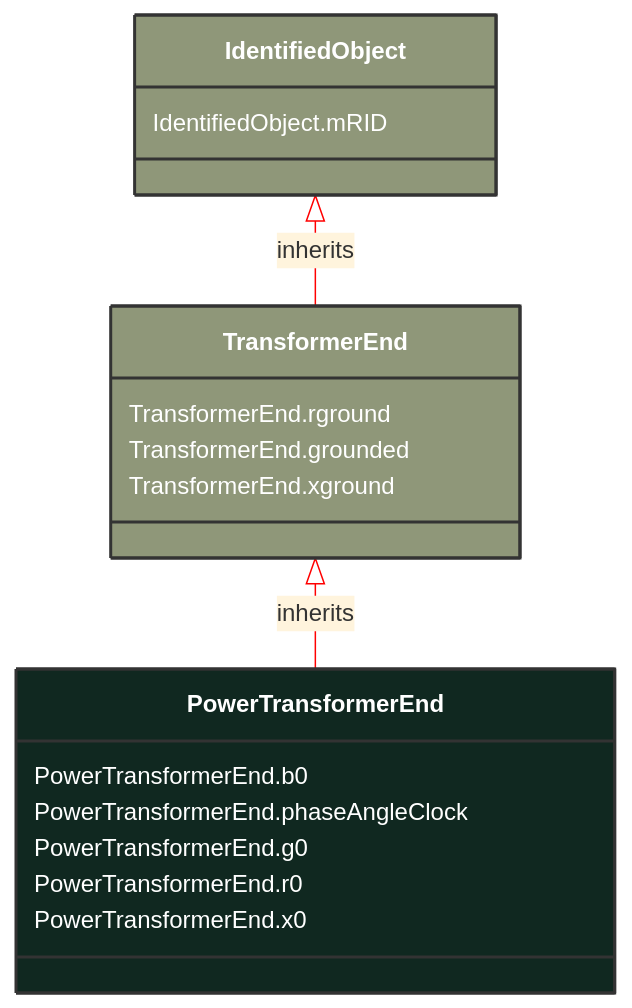
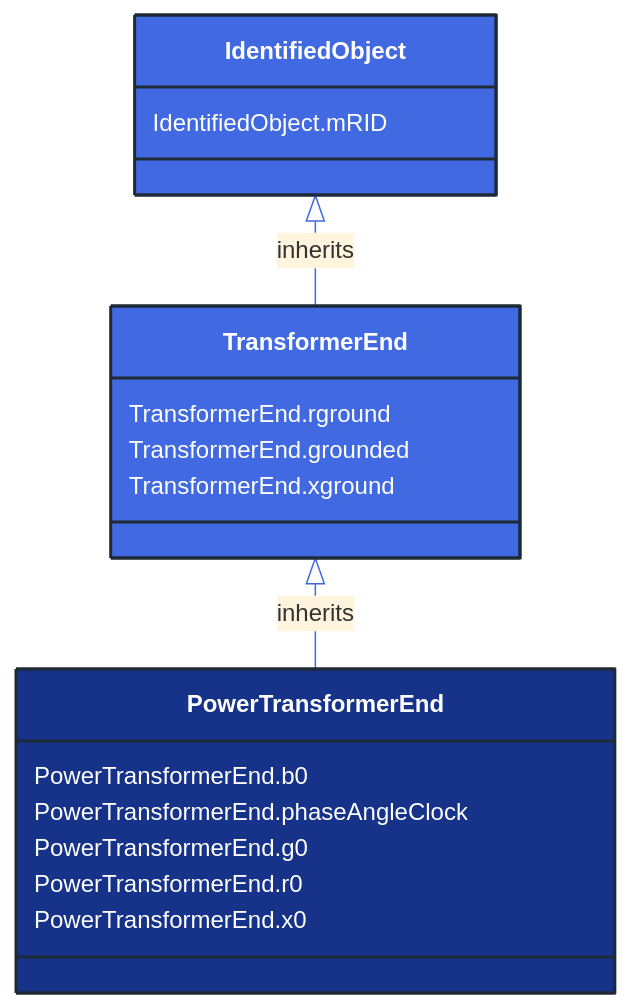
One commit to 3lbits/NoCIMExtensions changed the diagram in docs/Models/Profiles/ShortCircuit/ConcreteClasses/PowerTransformerEnd.md. Above: the diagram before and after it, drawn with Mermaid. The commit also changed 362 other files, not shown here.

First line of the commit message:
Update diagrams and styles for improved visual consistency

````diff
--- a/docs/Models/Profiles/ShortCircuit/ConcreteClasses/PowerTransformerEnd.md
+++ b/docs/Models/Profiles/ShortCircuit/ConcreteClasses/PowerTransformerEnd.md
@@ -14,27 +14,27 @@
 ```mermaid
-%%{init: {'theme':'base','themeVariables': {'lineColor': '#FF0000'}}}%%
+%%{init: {'theme':'base','themeVariables': {'lineColor': '#4169E1'}}}%%
 classDiagram
     class PowerTransformerEnd
     click PowerTransformerEnd href "/Models/Profiles/ShortCircuit/ConcreteClasses/PowerTransformerEnd/"
-    style PowerTransformerEnd fill:#102820,stroke:#333,stroke-width:2px,rx:10,ry:10,color:white
+    style PowerTransformerEnd fill:#163289,stroke:#1F2A37,stroke-width:2px,rx:10,ry:10,color:white
      
         TransformerEnd <|-- PowerTransformerEnd : inherits
             click TransformerEnd href "/Models/Profiles/ShortCircuit/AbstractClasses/TransformerEnd/"
-            style TransformerEnd fill:#8F9779,stroke:#333,stroke-width:2px,rx:10,ry:10,color:white
+            style TransformerEnd fill:#4169E1,stroke:#1F2A37,stroke-width:2px,rx:10,ry:10,color:white
      
         IdentifiedObject <|-- TransformerEnd : inherits
             click IdentifiedObject href "/Models/Profiles/ShortCircuit/AbstractClasses/IdentifiedObject/"
-            style IdentifiedObject fill:#8F9779,stroke:#333,stroke-width:2px,rx:10,ry:10,color:white
+            style IdentifiedObject fill:#4169E1,stroke:#1F2A37,stroke-width:2px,rx:10,ry:10,color:white
 
 
 
         PowerTransformerEnd : PowerTransformerEnd.b0
         PowerTransformerEnd : PowerTransformerEnd.phaseAngleClock
         PowerTransformerEnd : PowerTransformerEnd.g0
         PowerTransformerEnd : PowerTransformerEnd.r0
         PowerTransformerEnd : PowerTransformerEnd.x0
         TransformerEnd : TransformerEnd.rground
         TransformerEnd : TransformerEnd.grounded
         TransformerEnd : TransformerEnd.xground
         IdentifiedObject : IdentifiedObject.mRID
 ```
````
